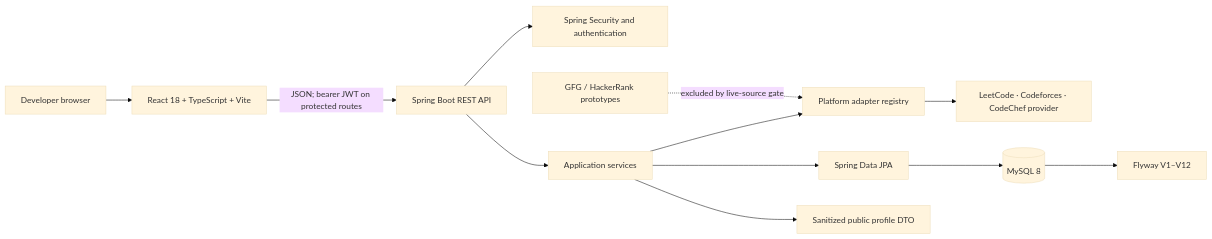
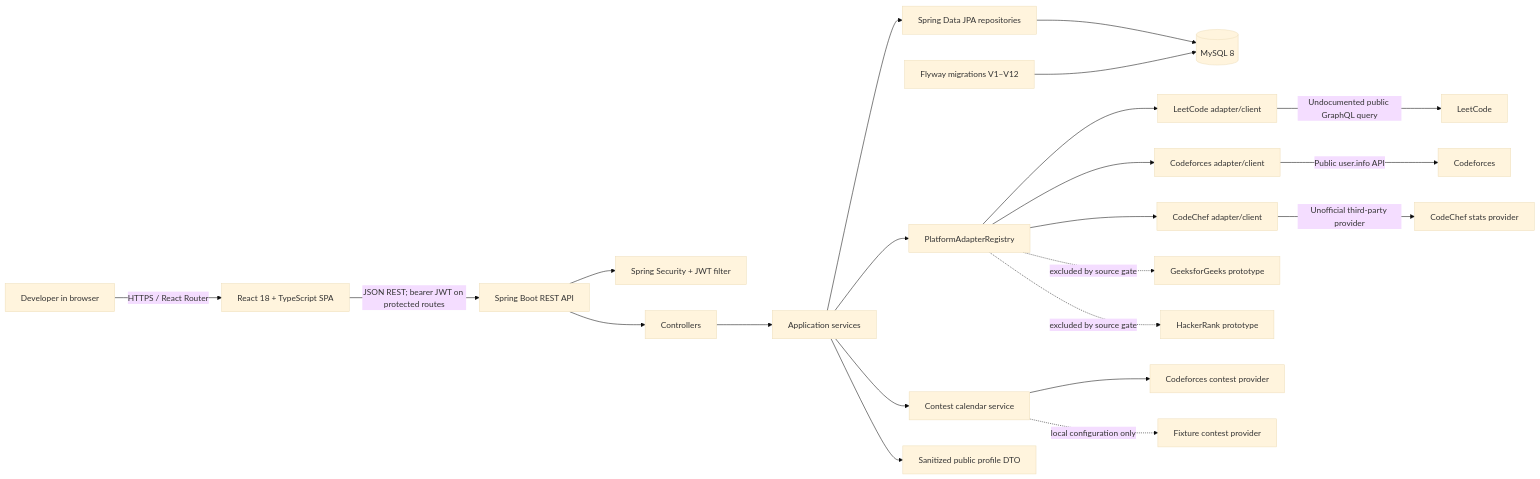
The first of 11 diagrams in README.md (sajalgoyal007/KodBTW), drawn with Mermaid (base theme) before and after one commit. The commit also changed other lines of this file, not shown here.

````diff
--- a/README.md
+++ b/README.md
@@ -131,14 +159,24 @@
 ```mermaid
 flowchart LR
-  Browser[Developer browser] --> SPA[React 18 + TypeScript + Vite]
-  SPA -->|JSON; bearer JWT on protected routes| API[Spring Boot REST API]
-  API --> Auth[Spring Security and authentication]
-  API --> Services[Application services]
-  Services --> Adapters[Platform adapter registry]
-  Adapters --> Sources[LeetCode · Codeforces · CodeChef provider]
-  Services --> Repositories[Spring Data JPA]
-  Repositories --> DB[(MySQL 8)]
-  DB --> Migrations[Flyway V1–V12]
-  Services --> PublicDTO[Sanitized public profile DTO]
-  Prototypes[GFG / HackerRank prototypes] -. excluded by live-source gate .-> Adapters
+  U[Developer in browser] -->|HTTPS / React Router| FE[React 18 + TypeScript SPA]
+  FE -->|JSON REST; bearer JWT on protected routes| API[Spring Boot REST API]
+  API --> SEC[Spring Security + JWT filter]
+  API --> C[Controllers]
+  C --> S[Application services]
+  S --> R[Spring Data JPA repositories]
+  R --> DB[(MySQL 8)]
+  V[Flyway migrations V1–V12] --> DB[(MySQL 8)]
+  S --> AR[PlatformAdapterRegistry]
+  AR --> LC[LeetCode adapter/client]
+  AR --> CF[Codeforces adapter/client]
+  AR --> CC[CodeChef adapter/client]
+  LC -->|Undocumented public GraphQL query| LEET[LeetCode]
+  CF -->|Public user.info API| CODEFORCES[Codeforces]
+  CC -->|Unofficial third-party provider| CCP[CodeChef stats provider]
+  S --> CAL[Contest calendar service]
+  CAL --> CFP[Codeforces contest provider]
+  CAL -. local configuration only .-> FIX[Fixture contest provider]
+  AR -. excluded by source gate .-> GF[GeeksforGeeks prototype]
+  AR -. excluded by source gate .-> HR[HackerRank prototype]
+  S --> DTO[Sanitized public profile DTO]
 ```
````
